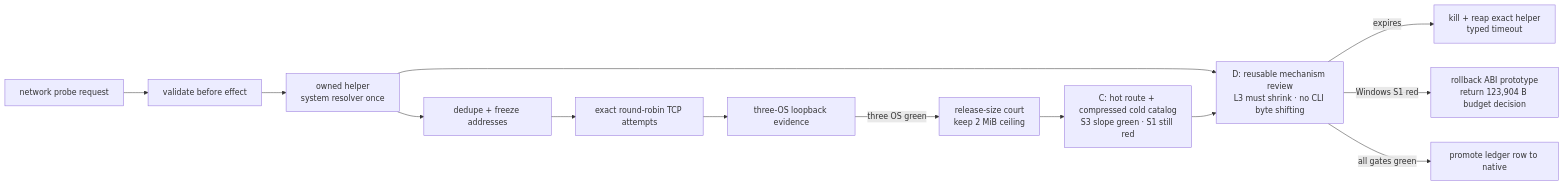
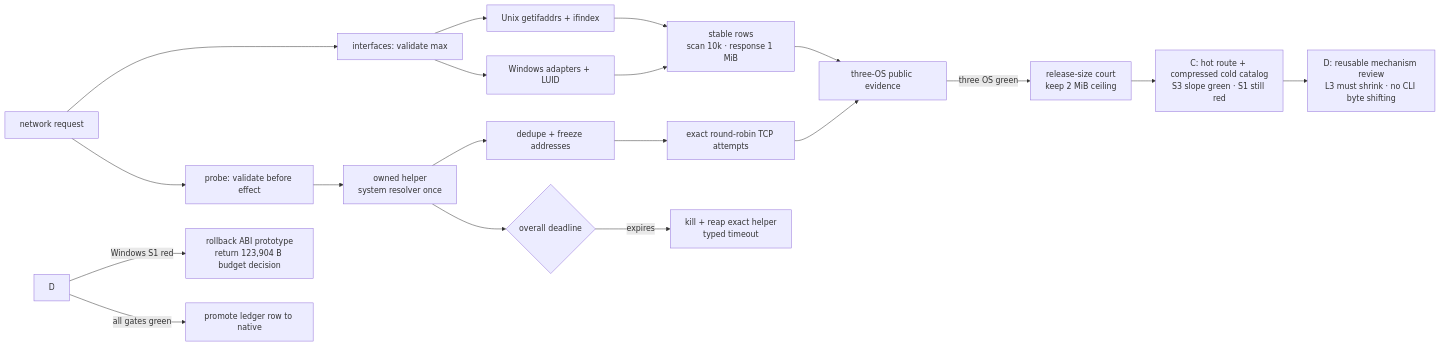
One commit to partnernetsoftware/agenterm changed the fourth of 4 diagrams in prd/PRD_02_28_agenterm_cu.md. Above: the diagram before and after it, drawn with Mermaid. The commit also changed other lines of this file and 23 other files, not shown here.

````diff
--- a/prd/PRD_02_28_agenterm_cu.md
+++ b/prd/PRD_02_28_agenterm_cu.md
@@ -754,15 +765,18 @@
 ```mermaid
 flowchart LR
-  N["network probe request"] --> A["validate before effect"]
+  N["network request"] --> I["interfaces: validate max"] & A["probe: validate before effect"]
+  I --> U["Unix getifaddrs + ifindex"] & W["Windows adapters + LUID"]
+  U & W --> S["stable rows<br/>scan 10k · response 1 MiB"]
+  S --> E["three-OS public evidence"]
   A --> H["owned helper<br/>system resolver once"]
   H --> F["dedupe + freeze addresses"]
   F --> T["exact round-robin TCP attempts"]
-  H --> D{"overall deadline"}
-  D -->|expires| K["kill + reap exact helper<br/>typed timeout"]
-  T --> E["three-OS loopback evidence"]
+  H --> DL{"overall deadline"}
+  DL -->|expires| K["kill + reap exact helper<br/>typed timeout"]
+  T --> E
   E -->|three OS green| B["release-size court<br/>keep 2 MiB ceiling"]
   B --> C["C: hot route + compressed cold catalog<br/>S3 slope green · S1 still red"]
-  C --> D["D: reusable mechanism review<br/>L3 must shrink · no CLI byte shifting"]
+  C --> MR["D: reusable mechanism review<br/>L3 must shrink · no CLI byte shifting"]
   D -->|Windows S1 red| R["rollback ABI prototype<br/>return 123,904 B budget decision"]
   D -->|all gates green| P["promote ledger row to native"]
 ```
````
